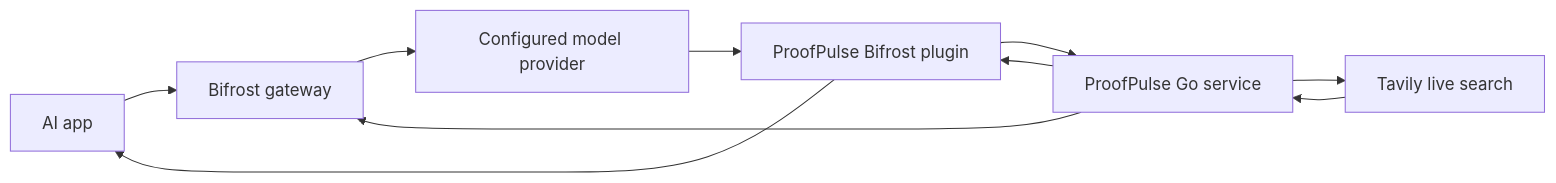
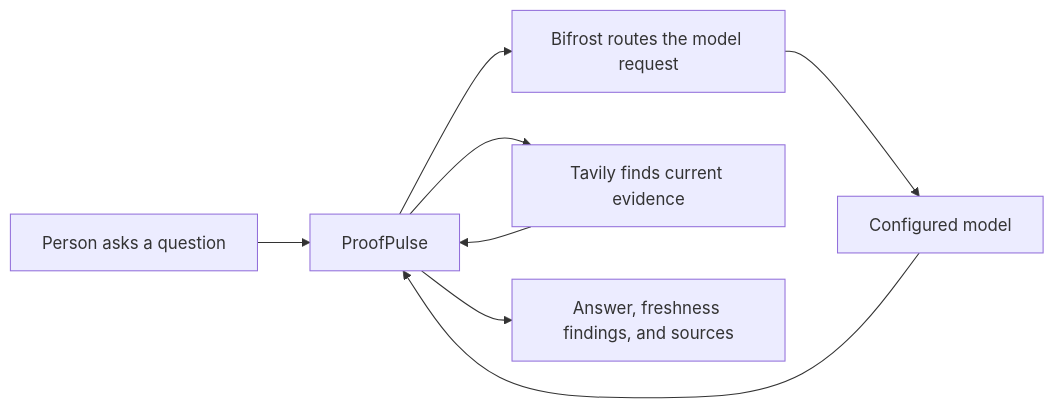
The diagram in README.md (Tanishq-lab-Genius/proofpulse), drawn with Mermaid before and after one commit. The commit also changed other lines of this file, not shown here.

Commit message:
Clarify ProofPulse roadmap for judges

````diff
--- a/README.md
+++ b/README.md
@@ -29,12 +35,10 @@
 ```mermaid
 flowchart LR
-    Client[AI app] --> Gateway[Bifrost gateway]
-    Gateway --> Model[Configured model provider]
-    Model --> Plugin[ProofPulse Bifrost plugin]
-    Plugin --> Service[ProofPulse Go service]
-    Service --> Search[Tavily live search]
-    Service --> Gateway
-    Search --> Service
-    Service --> Plugin
-    Plugin --> Client
+    Person[Person asks a question] --> ProofPulse[ProofPulse]
+    ProofPulse --> Gateway[Bifrost routes the model request]
+    Gateway --> Model[Configured model]
+    Model --> ProofPulse
+    ProofPulse --> Search[Tavily finds current evidence]
+    Search --> ProofPulse
+    ProofPulse --> Result[Answer, freshness findings, and sources]
 ```
````
